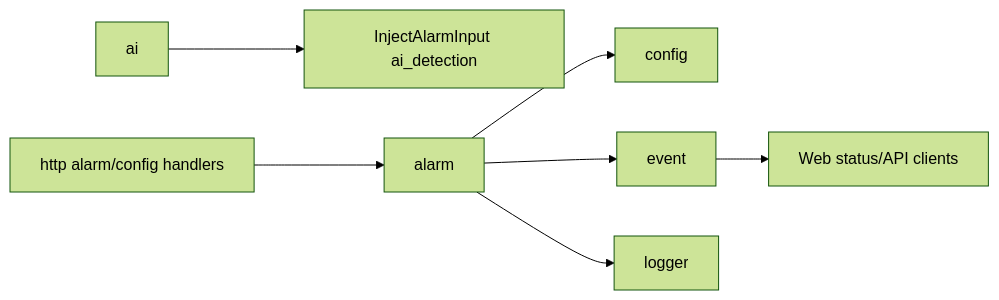
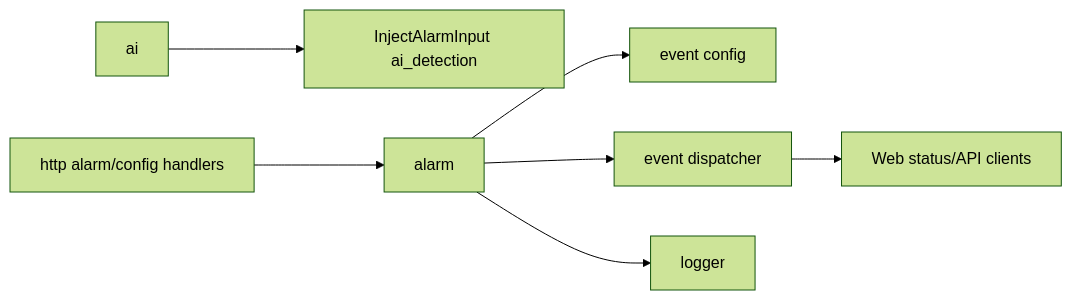
One commit to 373699756/live_stream changed the diagram in docs/libs/alarm.md. Above: the diagram before and after it, drawn with Mermaid (forest theme). The commit also changed other lines of this file and 12 other files, not shown here.

Commit message:
refactor(event): fold alarm into event

````diff
--- a/docs/libs/alarm.md
+++ b/docs/libs/alarm.md
@@ -14,9 +19,9 @@
 ```mermaid
 flowchart LR
   AI[ai] --> Input[InjectAlarmInput ai_detection]
   HTTP[http alarm/config handlers] --> Alarm[alarm]
-  Alarm --> Config[config]
-  Alarm --> Event[event]
+  Alarm --> Config[event config]
+  Alarm --> Event[event dispatcher]
   Alarm --> Logger[logger]
   Event --> Web[Web status/API clients]
 ```
````
